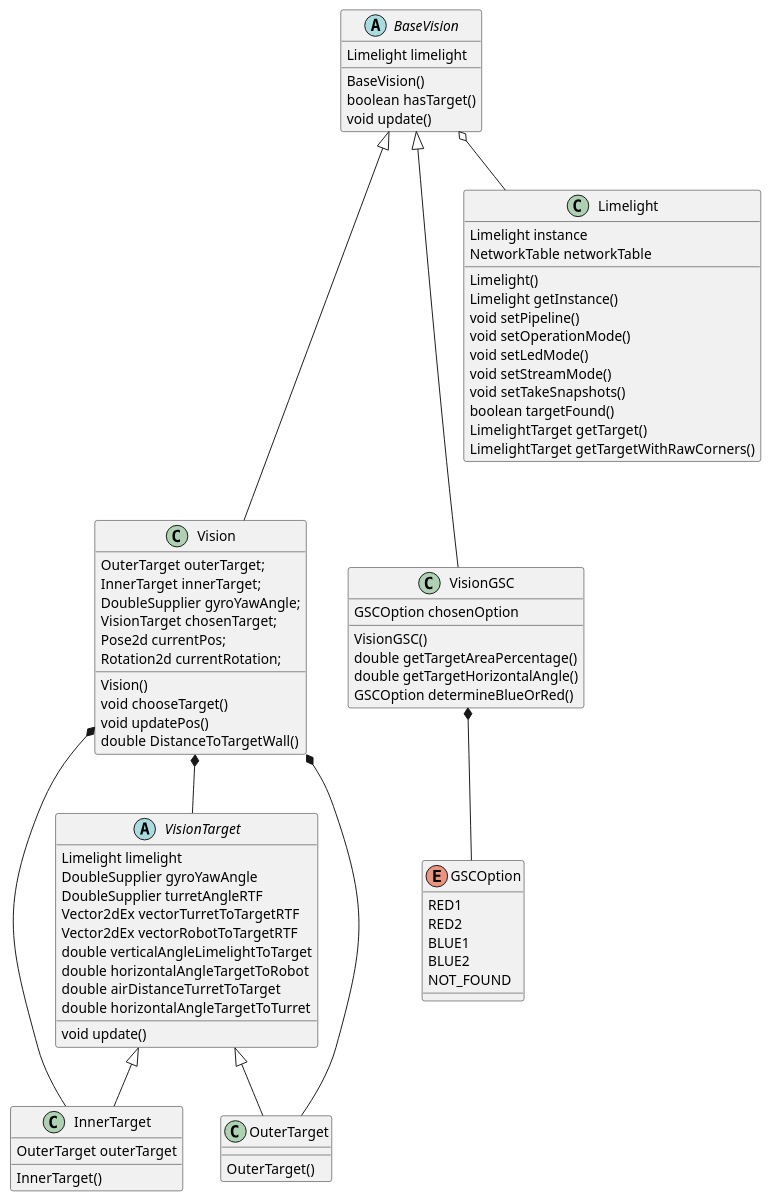
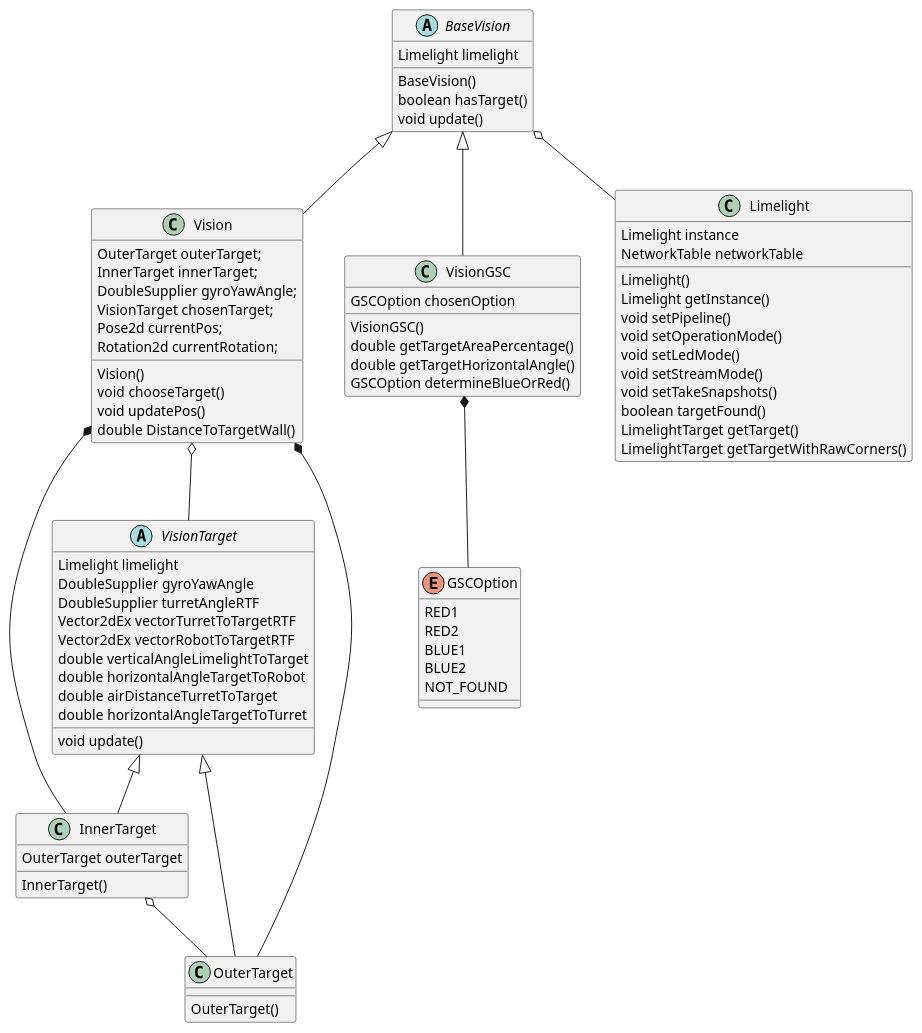
Before and after one commit to OnyxTronix2231/OnyxTronix2021: the diagram in src/main/java/frc/robot/vision/VisionUML.puml, drawn with PlantUML. The commit also changed 7 other files, not shown here.

```diff
--- a/src/main/java/frc/robot/vision/VisionUML.puml
+++ b/src/main/java/frc/robot/vision/VisionUML.puml
@@ -1,89 +1,90 @@
 @startuml
 'https://plantuml.com/class-diagram
 
-BaseVision <|--- Vision
-BaseVision <|--- VisionGSC
+BaseVision <|-- Vision
+BaseVision <|-- VisionGSC
 BaseVision o-- Limelight
-Vision *-- VisionTarget
+Vision o-- VisionTarget
 Vision *-- InnerTarget
 Vision *-- OuterTarget
 VisionTarget <|-- InnerTarget
 VisionTarget <|-- OuterTarget
 VisionGSC *-- GSCOption
+InnerTarget o-- OuterTarget
 
 abstract class BaseVision{
     Limelight limelight
     BaseVision()
     boolean hasTarget()
     void update()
 }
 
 class Vision{
     OuterTarget outerTarget;
     InnerTarget innerTarget;
     DoubleSupplier gyroYawAngle;
     VisionTarget chosenTarget;
     Pose2d currentPos;
     Rotation2d currentRotation;
     Vision()
     void chooseTarget()
     void updatePos()
     double DistanceToTargetWall()
 }
 
 abstract class VisionTarget{
     Limelight limelight
     DoubleSupplier gyroYawAngle
     DoubleSupplier turretAngleRTF
     Vector2dEx vectorTurretToTargetRTF
     Vector2dEx vectorRobotToTargetRTF
     double verticalAngleLimelightToTarget
     double horizontalAngleTargetToRobot
     double airDistanceTurretToTarget
     double horizontalAngleTargetToTurret
     void update()
 }
 
 class OuterTarget{
     OuterTarget()
 }
 
 class InnerTarget{
     OuterTarget outerTarget
     InnerTarget()
 }
 
 class VisionGSC{
     GSCOption chosenOption
     VisionGSC()
     double getTargetAreaPercentage()
     double getTargetHorizontalAngle()
     GSCOption determineBlueOrRed()
 }
 
 enum GSCOption {
     RED1
     RED2
     BLUE1
     BLUE2
     NOT_FOUND
 }
 
 class Limelight{
     Limelight instance
     NetworkTable networkTable
     Limelight()
     Limelight getInstance()
     void setPipeline()
     void setOperationMode()
     void setLedMode()
     void setStreamMode()
     void setTakeSnapshots()
     boolean targetFound()
     LimelightTarget getTarget()
     LimelightTarget getTargetWithRawCorners()
 }
 
 
 
 @enduml
```
